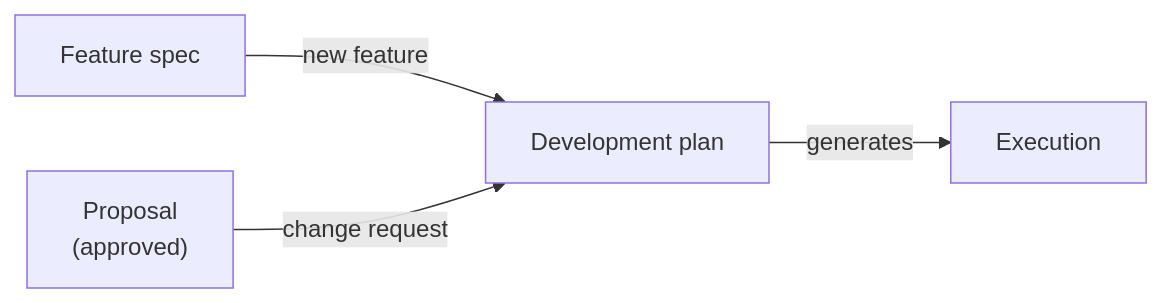
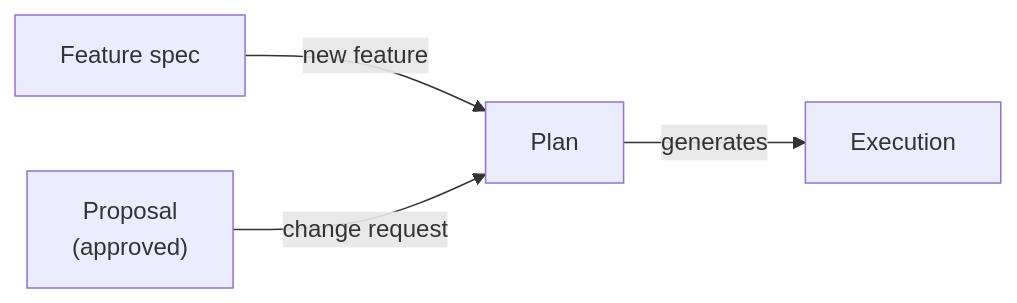
The fourth of 4 diagrams in spec/features/feature/README.md (synchestra-io/specscore), drawn with Mermaid before and after one commit. The commit also changed other lines of this file and 9 other files, not shown here.

First line of the commit message:
refactor: update cross-references from development-plan to plan

````diff
--- a/spec/features/feature/README.md
+++ b/spec/features/feature/README.md
@@ -278,11 +278,11 @@
 ```mermaid
 graph LR
     A["Feature spec"]
     B["Proposal<br/>(approved)"]
-    C["Development plan"]
+    C["Plan"]
     D["Execution"]
 
     A -->|new feature| C
     B -->|change request| C
     C -->|generates| D
 ```
````
